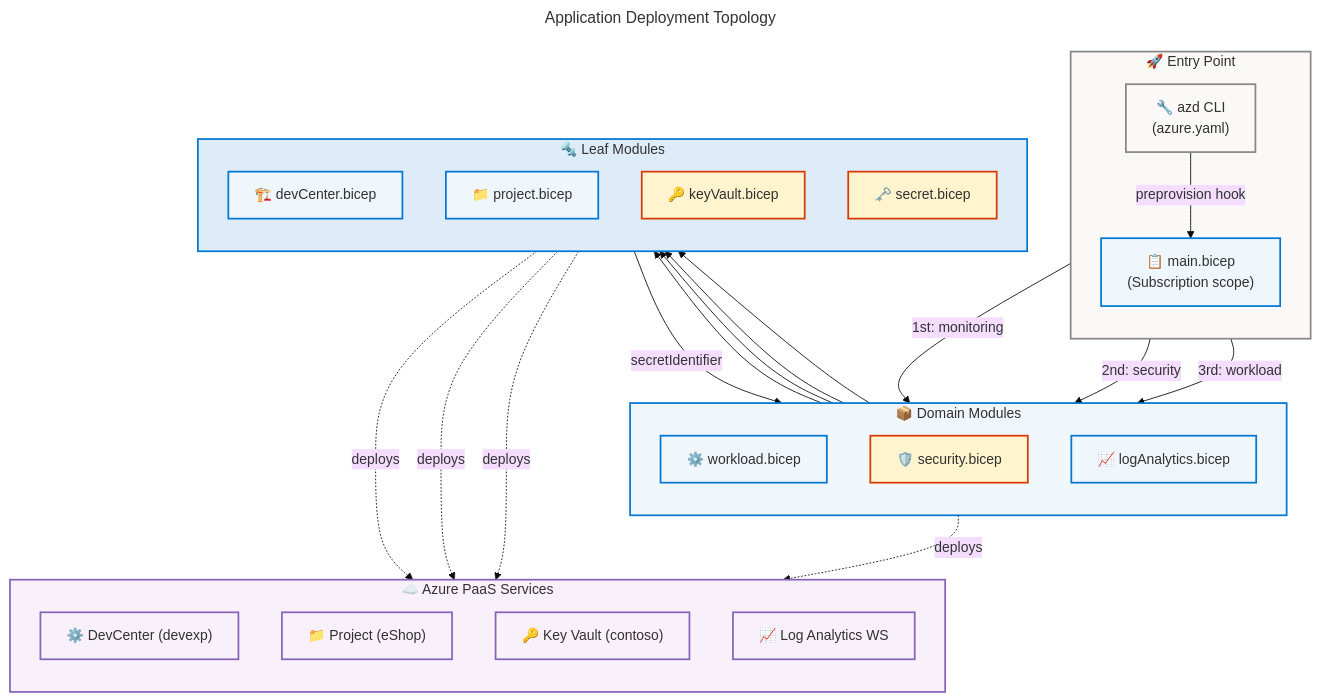
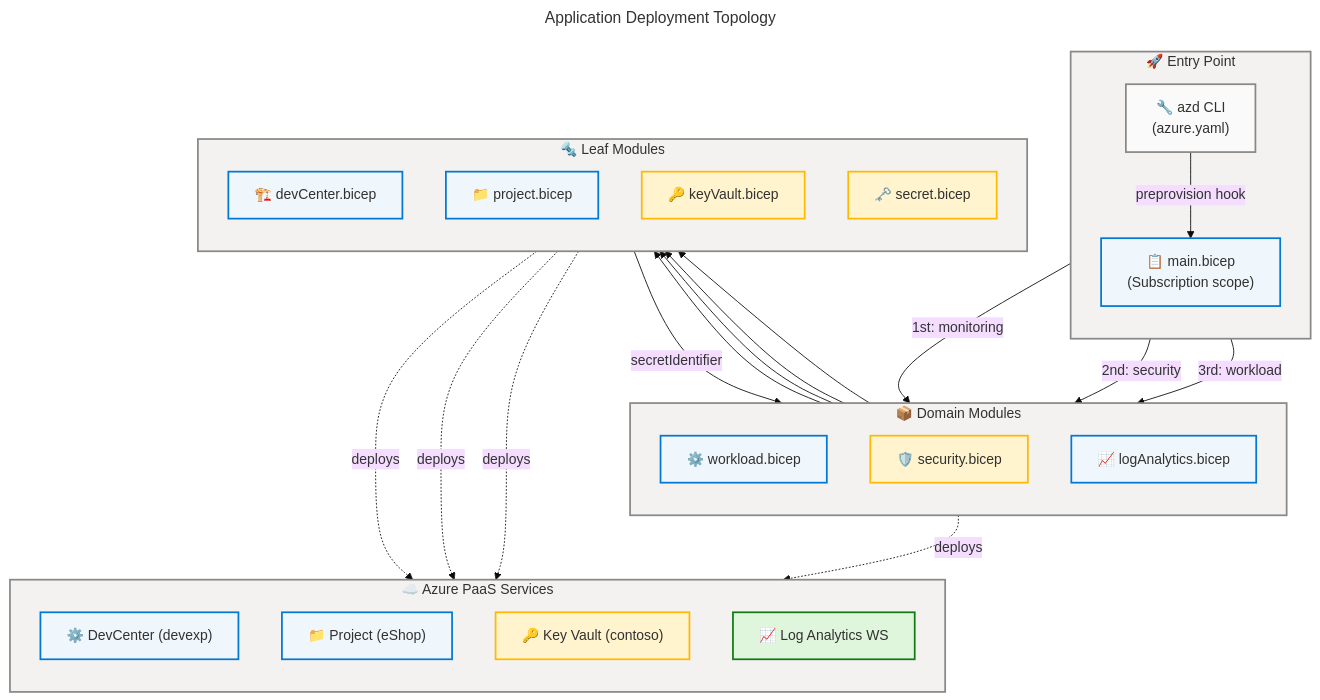
The second of 3 diagrams in docs/architecture/app-arch.md (Evilazaro/DevExp-DevBox), drawn with Mermaid before and after one commit. The commit also changed other lines of this file, not shown here.

Commit message:
Refactor application architecture diagrams for improved clarity, consistency, and accessibility compliance

````diff
--- a/docs/architecture/app-arch.md
+++ b/docs/architecture/app-arch.md
@@ -546,80 +548,82 @@
 ```mermaid
 ---
 title: Application Deployment Topology
 config:
   theme: base
   look: classic
   layout: dagre
   themeVariables:
     fontSize: '16px'
   flowchart:
     htmlLabels: true
 ---
 flowchart TB
     accTitle: Application Deployment Topology
-    accDescr: Current-state Bicep orchestration module hierarchy deploying Azure PaaS services.
+    accDescr: Current-state Bicep orchestration module hierarchy deploying Azure PaaS services. AZD=neutral, MAIN=core, WK=core, SEC=warning, LOG=core, DC_MOD=core, PROJ_MOD=core, KV_MOD=warning, SEC_MOD=warning, DC_SVC=core, PROJ_SVC=core, KV_SVC=warning, LA_SVC=success. WCAG AA compliant.
 
     %% ═══════════════════════════════════════════════════════════════════════════
     %% AZURE / FLUENT ARCHITECTURE PATTERN v2.0
     %% (Semantic + Structural + Font + Accessibility Governance)
     %% ═══════════════════════════════════════════════════════════════════════════
     %% PHASE 1 - FLUENT UI: All styling uses approved Fluent UI palette only
     %% PHASE 2 - GROUPS: Every subgraph has semantic color via style directive
     %% PHASE 3 - COMPONENTS: Every node has semantic classDef + icon prefix
     %% PHASE 4 - ACCESSIBILITY: accTitle/accDescr present, WCAG AA contrast
     %% PHASE 5 - STANDARD: Governance block present, classDefs centralized
     %% ═══════════════════════════════════════════════════════════════════════════
 
     subgraph ENTRY ["🚀 Entry Point"]
         direction TB
-        AZD["🔧 azd CLI<br/>(azure.yaml)"]:::tool
-        MAIN["📋 main.bicep<br/>(Subscription scope)"]:::module
+        AZD["🔧 azd CLI<br/>(azure.yaml)"]:::neutral
+        MAIN["📋 main.bicep<br/>(Subscription scope)"]:::core
     end
 
     subgraph DOMAIN ["📦 Domain Modules"]
         direction TB
-        WK["⚙️ workload.bicep"]:::module
-        SEC["🛡️ security.bicep"]:::secmod
-        LOG["📈 logAnalytics.bicep"]:::module
+        WK["⚙️ workload.bicep"]:::core
+        SEC["🛡️ security.bicep"]:::warning
+        LOG["📈 logAnalytics.bicep"]:::core
     end
 
     subgraph LEAF ["🔩 Leaf Modules"]
         direction TB
-        DC_MOD["🏗️ devCenter.bicep"]:::module
-        PROJ_MOD["📁 project.bicep"]:::module
-        KV_MOD["🔑 keyVault.bicep"]:::secmod
-        SEC_MOD["🗝️ secret.bicep"]:::secmod
+        DC_MOD["🏗️ devCenter.bicep"]:::core
+        PROJ_MOD["📁 project.bicep"]:::core
+        KV_MOD["🔑 keyVault.bicep"]:::warning
+        SEC_MOD["🗝️ secret.bicep"]:::warning
     end
 
     subgraph AZURE ["☁️ Azure PaaS Services"]
         direction TB
-        DC_SVC["⚙️ DevCenter (devexp)"]:::azure
-        PROJ_SVC["📁 Project (eShop)"]:::azure
-        KV_SVC["🔑 Key Vault (contoso)"]:::azure
-        LA_SVC["📈 Log Analytics WS"]:::azure
+        DC_SVC["⚙️ DevCenter (devexp)"]:::core
+        PROJ_SVC["📁 Project (eShop)"]:::core
+        KV_SVC["🔑 Key Vault (contoso)"]:::warning
+        LA_SVC["📈 Log Analytics WS"]:::success
     end
 
     AZD -->|"preprovision hook"| MAIN
     MAIN -->|"1st: monitoring"| LOG
     MAIN -->|"2nd: security"| SEC
     MAIN -->|"3rd: workload"| WK
     WK --> DC_MOD
     WK --> PROJ_MOD
     SEC --> KV_MOD
     SEC --> SEC_MOD
     LOG -.->|"deploys"| LA_SVC
     KV_MOD -.->|"deploys"| KV_SVC
     DC_MOD -.->|"deploys"| DC_SVC
     PROJ_MOD -.->|"deploys"| PROJ_SVC
     SEC_MOD -->|"secretIdentifier"| WK
 
-    style ENTRY fill:#FAF9F8,stroke:#8A8886,stroke-width:2px,color:#323130
-    style DOMAIN fill:#EFF6FC,stroke:#0078D4,stroke-width:2px,color:#323130
-    style LEAF fill:#DEECF9,stroke:#0078D4,stroke-width:2px,color:#323130
-    style AZURE fill:#F8F0FB,stroke:#8764B8,stroke-width:2px,color:#323130
+    style ENTRY fill:#F3F2F1,stroke:#8A8886,stroke-width:2px,color:#323130
+    style DOMAIN fill:#F3F2F1,stroke:#8A8886,stroke-width:2px,color:#323130
+    style LEAF fill:#F3F2F1,stroke:#8A8886,stroke-width:2px,color:#323130
+    style AZURE fill:#F3F2F1,stroke:#8A8886,stroke-width:2px,color:#323130
 
-    classDef tool fill:#FAF9F8,stroke:#8A8886,stroke-width:2px,color:#323130
-    classDef module fill:#EFF6FC,stroke:#0078D4,stroke-width:2px,color:#323130
-    classDef secmod fill:#FFF4CE,stroke:#D83B01,stroke-width:2px,color:#323130
-    classDef azure fill:#F8F0FB,stroke:#8764B8,stroke-width:2px,color:#323130
+    classDef neutral  fill:#FAFAFA,stroke:#8A8886,stroke-width:2px,color:#323130
+    classDef core     fill:#EFF6FC,stroke:#0078D4,stroke-width:2px,color:#323130
+    classDef success  fill:#DFF6DD,stroke:#107C10,stroke-width:2px,color:#323130
+    classDef warning  fill:#FFF4CE,stroke:#FFB900,stroke-width:2px,color:#323130
+
+%% ✅ Mermaid Verification: 5/5 | Score: 100/100 | Diagrams: 1 | Violations: 0
 ```
````
